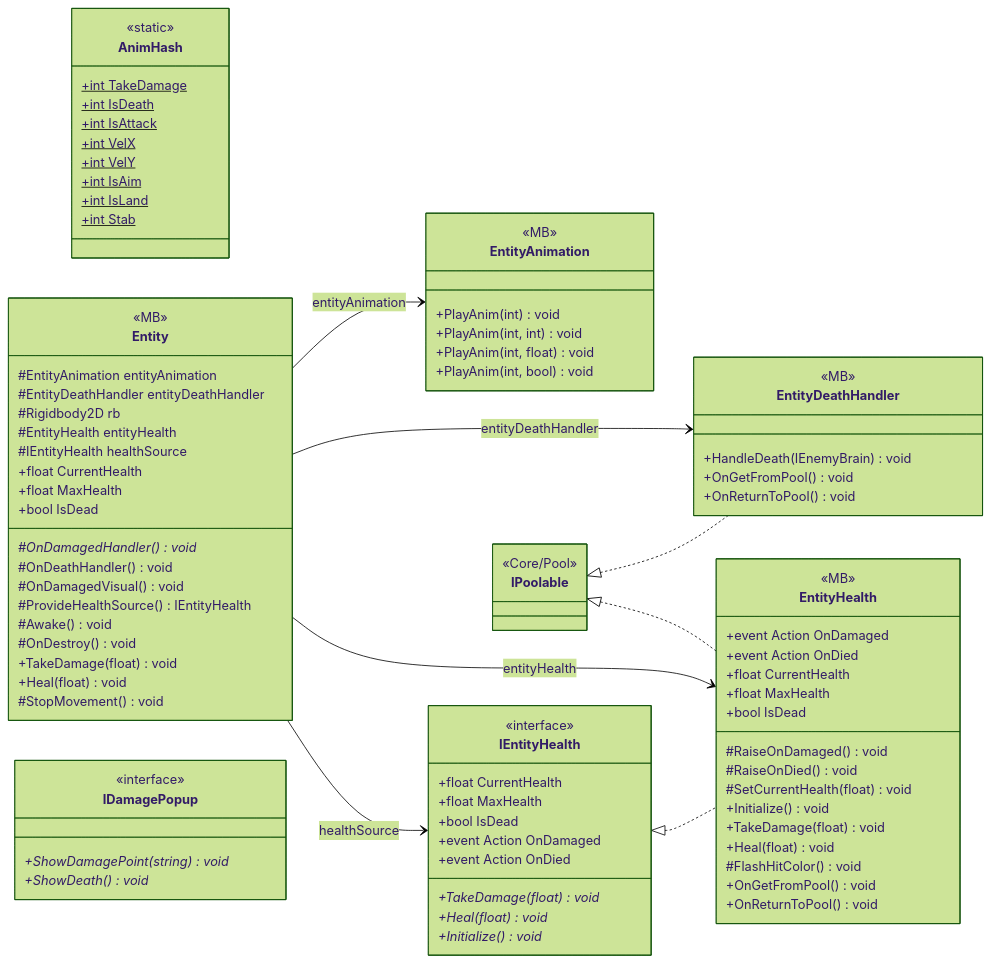
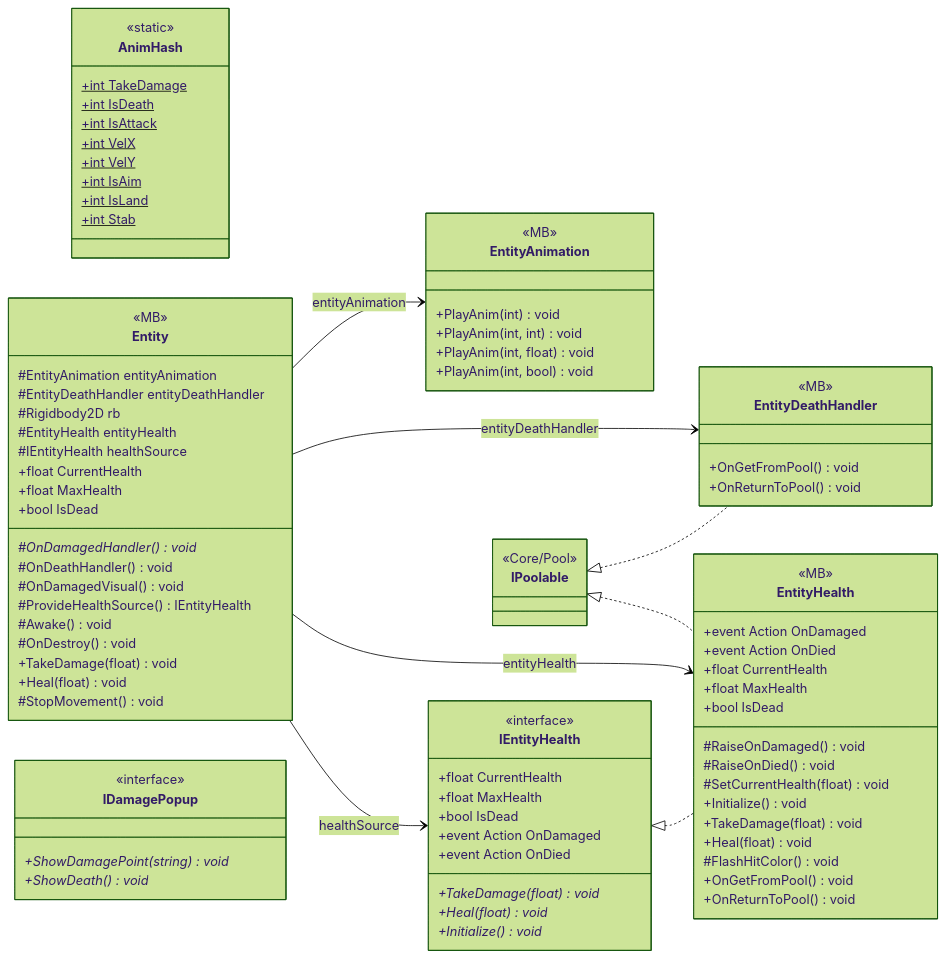
Before and after one commit to PhumipatWave/project-ocean: the diagram in docs/uml/modules/Gameplay_Entities.md, drawn with Mermaid (forest theme). The commit also changed other lines of this file and 65 other files, not shown here.

```diff
--- a/docs/uml/modules/Gameplay_Entities.md
+++ b/docs/uml/modules/Gameplay_Entities.md
@@ -48,7 +48,6 @@
   }
   class EntityDeathHandler {
     <<MB>>
-    +HandleDeath(IEnemyBrain) void
     +OnGetFromPool() void
     +OnReturnToPool() void
   }
```
